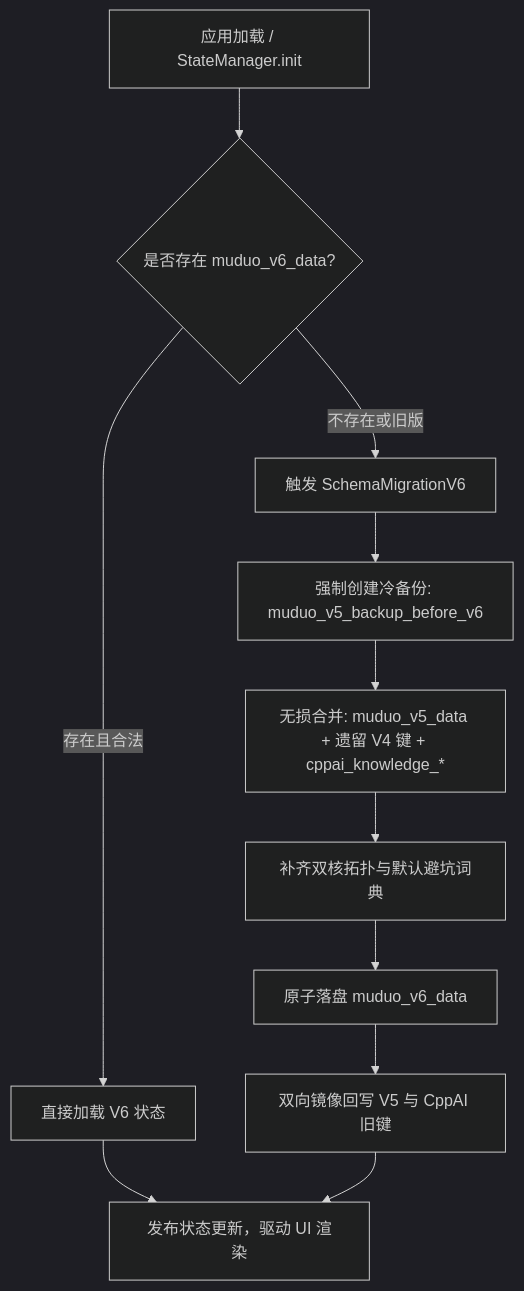
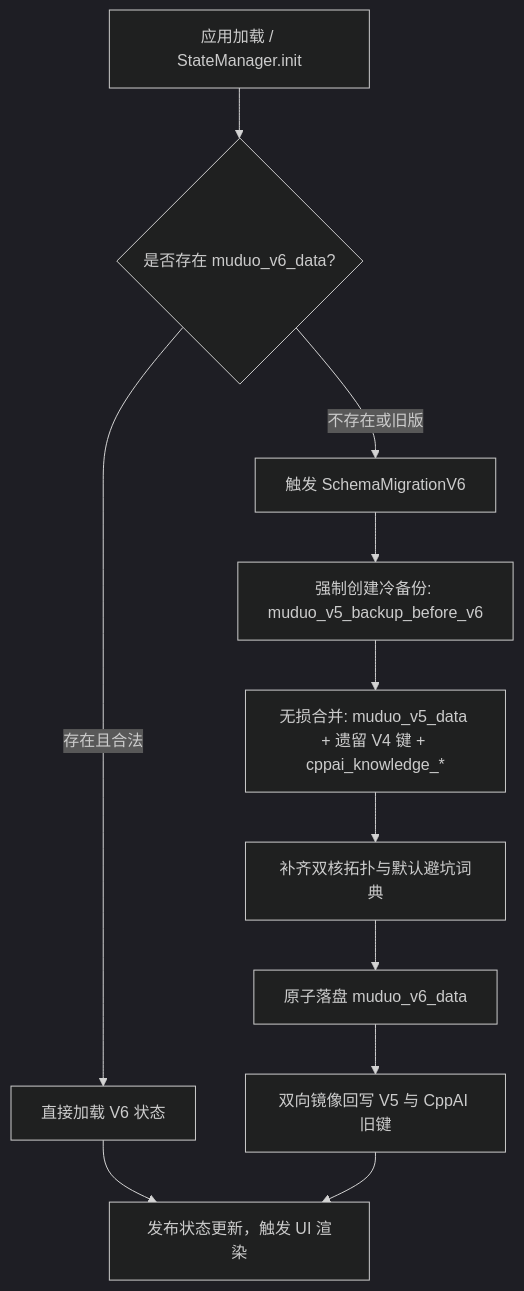
The diagram in docs/ADR-001_UNIFIED_DOMAIN_MODEL_AND_STATE.md (Coolzs77/muduo-study-console), drawn with Mermaid (dark theme) before and after one commit. The commit also changed other lines of this file and 22 other files, not shown here.

````diff
--- a/docs/ADR-001_UNIFIED_DOMAIN_MODEL_AND_STATE.md
+++ b/docs/ADR-001_UNIFIED_DOMAIN_MODEL_AND_STATE.md
@@ -70,13 +70,13 @@
 ```mermaid
 flowchart TD
     A[应用加载 / StateManager.init] --> B{是否存在 muduo_v6_data?}
     B -- 存在且合法 --> C[直接加载 V6 状态]
     B -- 不存在或旧版 --> D[触发 SchemaMigrationV6]
     D --> E[强制创建冷备份: muduo_v5_backup_before_v6]
     E --> F[无损合并: muduo_v5_data + 遗留 V4 键 + cppai_knowledge_*]
     F --> G[补齐双核拓扑与默认避坑词典]
     G --> H[原子落盘 muduo_v6_data]
     H --> I[双向镜像回写 V5 与 CppAI 旧键]
-    C --> J[发布状态更新，驱动 UI 渲染]
+    C --> J[发布状态更新，触发 UI 渲染]
     I --> J
 ```
````
